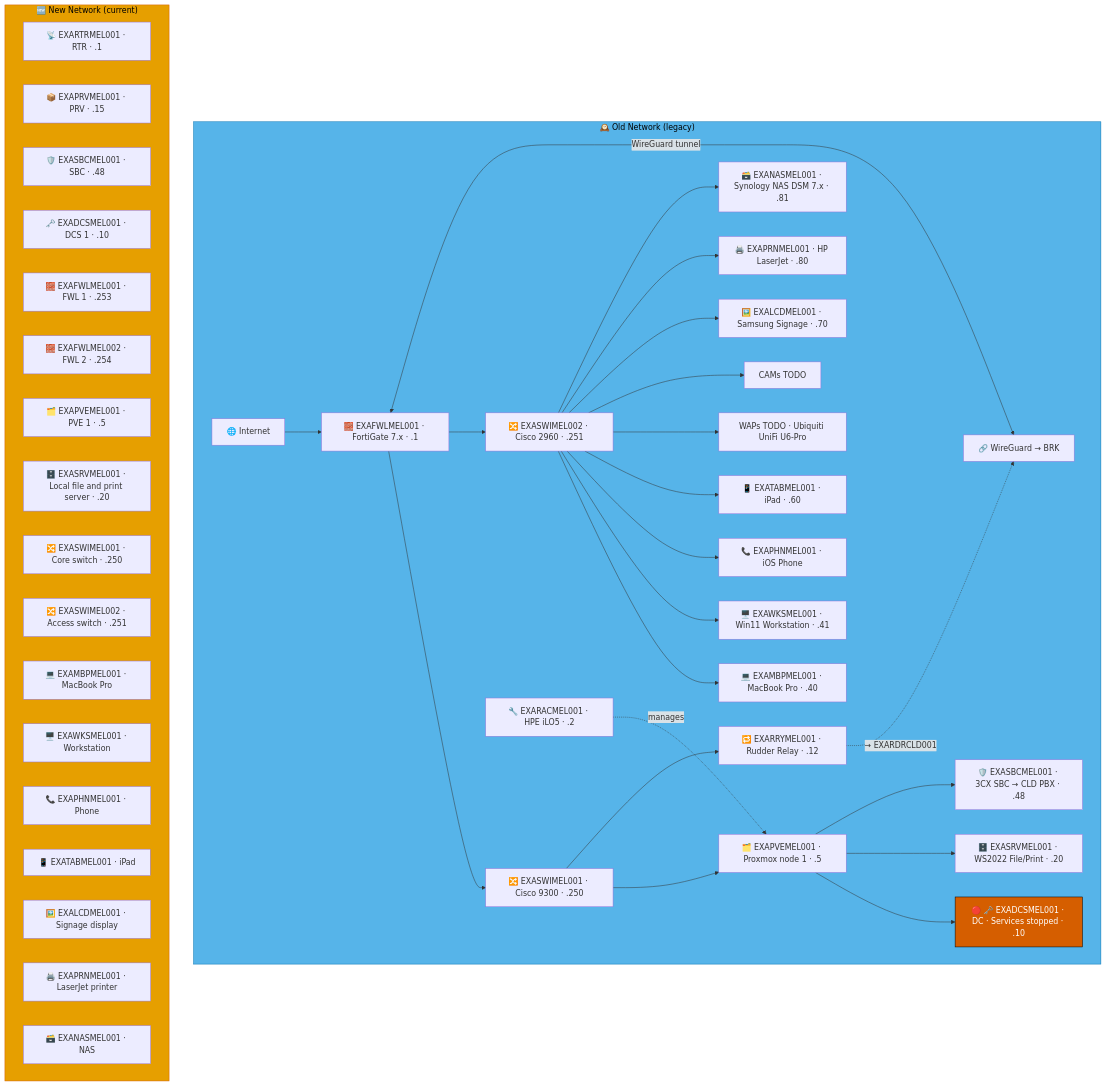
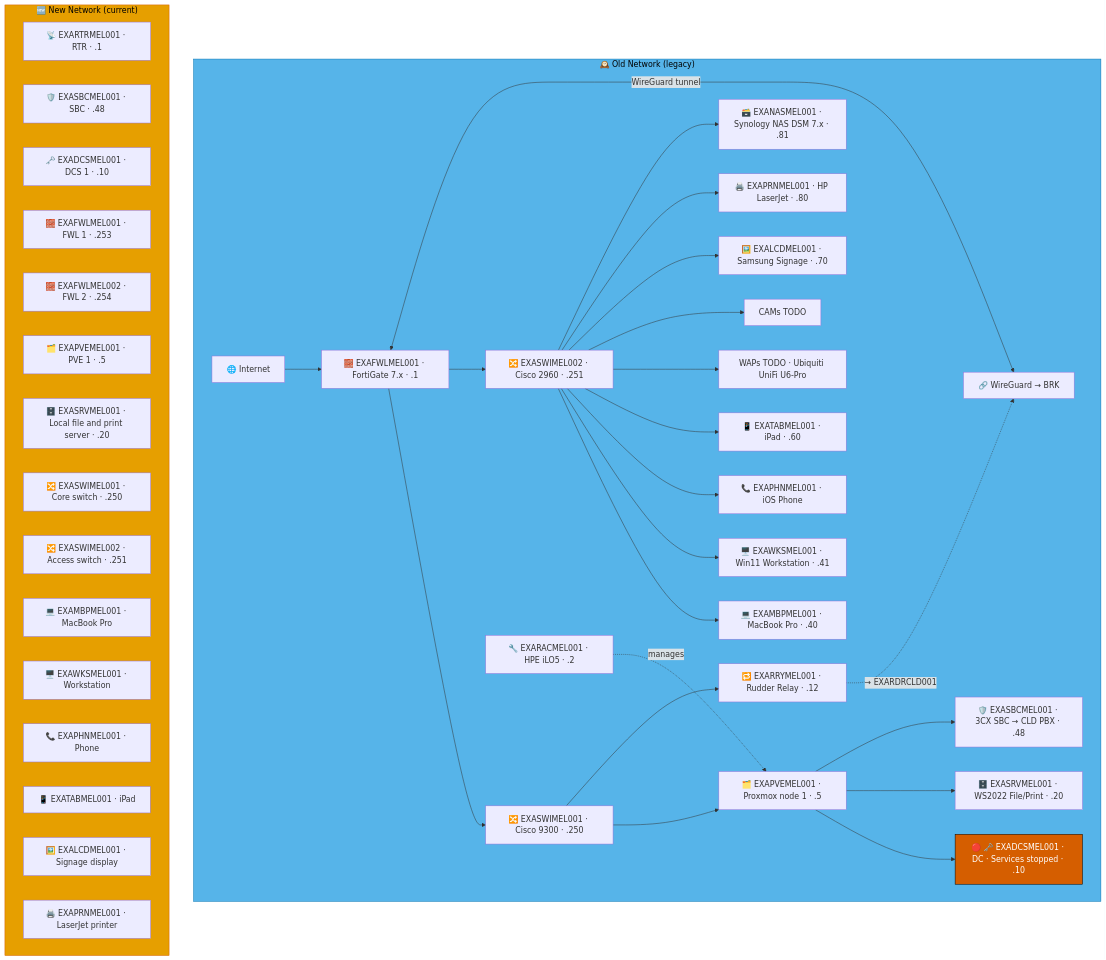
One commit to knightmare2600/example_music_infra changed the second of 2 diagrams in docs/network-diagram/australia.md. Above: the diagram before and after it, drawn with Mermaid. The commit also changed other lines of this file and 55 other files, not shown here.

````diff
--- a/docs/network-diagram/australia.md
+++ b/docs/network-diagram/australia.md
@@ -90,60 +89,58 @@
 ```mermaid
 graph TD
     subgraph OLD_MEL ["🕰️ Old Network (legacy)"]
       INET["🌐 Internet"]
       FWL["🧱 EXAFWLMEL001 · FortiGate 7.x · .1"]
       SW1["🔀 EXASWIMEL001 · Cisco 9300 · .250"]
       SW2["🔀 EXASWIMEL002 · Cisco 2960 · .251"]
       RAC["🔧 EXARACMEL001 · HPE iLO5 · .2"]
       PVE["🗂️ EXAPVEMEL001 · Proxmox node 1 · .5"]
       DC["🔴 🗝️ EXADCSMEL001 · DC · Services stopped · .10"]
       SRV["🗄️ EXASRVMEL001 · WS2022 File/Print · .20"]
       SBC["🛡️ EXASBCMEL001 · 3CX SBC → CLD PBX · .48"]
       RRY["🔁 EXARRYMEL001 · Rudder Relay · .12"]
       MBP["💻 EXAMBPMEL001 · MacBook Pro · .40"]
       WKS["🖥️ EXAWKSMEL001 · Win11 Workstation · .41"]
       PHN["📞 EXAPHNMEL001 · iOS Phone"]
       TAB["📱 EXATABMEL001 · iPad · .60"]
       WAP["WAPs TODO · Ubiquiti UniFi U6-Pro"]
       CAM["CAMs TODO"]
       LCD["🖼️ EXALCDMEL001 · Samsung Signage · .70"]
       PRN["🖨️ EXAPRNMEL001 · HP LaserJet · .80"]
       NAS["🗃️ EXANASMEL001 · Synology NAS DSM 7.x · .81"]
       VPN["🔗 WireGuard → BRK"]
 
       INET --> FWL --> SW1 & SW2
       SW1 --> PVE --> DC & SRV & SBC
       RAC -.->|"manages"| PVE
       SW2 --> MBP & WKS & PHN & TAB & WAP & CAM
       SW2 --> LCD & PRN & NAS
       FWL <-->|"WireGuard tunnel"| VPN
 
       SW1 --> RRY
       RRY -. "→ EXARDRCLD001" .-> VPN
     end
     style OLD_MEL fill:#56B4E9,stroke:#0072B2,color:#000000
     %% GENERATED:NEW-NETWORK:MEL:START
     subgraph NEW_MEL ["🆕 New Network (current)"]
       N_RTR["📡 EXARTRMEL001 · RTR · .1"]
-      N_PRV["📦 EXAPRVMEL001 · PRV · .15"]
       N_SBC["🛡️ EXASBCMEL001 · SBC · .48"]
       N_DCS["🗝️ EXADCSMEL001 · DCS 1 · .10"]
       N_FWL["🧱 EXAFWLMEL001 · FWL 1 · .253"]
       N_FWL2["🧱 EXAFWLMEL002 · FWL 2 · .254"]
       N_PVE["🗂️ EXAPVEMEL001 · PVE 1 · .5"]
       N_SRV["🗄️ EXASRVMEL001 · Local file and print server · .20"]
       N_SWI["🔀 EXASWIMEL001 · Core switch · .250"]
       N_SWI2["🔀 EXASWIMEL002 · Access switch · .251"]
       N_MBP["💻 EXAMBPMEL001 · MacBook Pro"]
       N_WKS["🖥️ EXAWKSMEL001 · Workstation"]
       N_PHN["📞 EXAPHNMEL001 · Phone"]
       N_TAB["📱 EXATABMEL001 · iPad"]
       N_LCD["🖼️ EXALCDMEL001 · Signage display"]
       N_PRN["🖨️ EXAPRNMEL001 · LaserJet printer"]
-      N_NAS["🗃️ EXANASMEL001 · NAS"]
     end
     style NEW_MEL fill:#E69F00,stroke:#D55E00,color:#000000
     %% GENERATED:NEW-NETWORK:MEL:END
     classDef warn fill:#D55E00,stroke:#000000,color:#ffffff
     class DC warn
 ```
````
